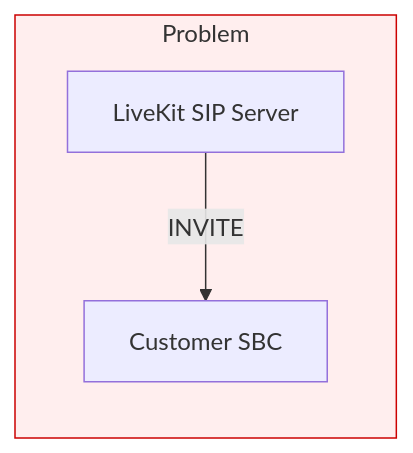
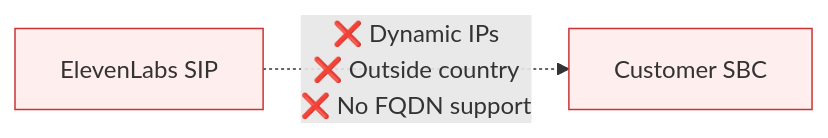
Before and after one commit to Jitendra2603/sip-gateway: the first of 4 diagrams in README.md, drawn with Mermaid. The commit also changed other lines of this file and 15 other files, not shown here.

First line of the commit message:
SIP gateway for ElevenLabs telephony

````diff
--- a/README.md
+++ b/README.md
@@ -7,8 +25,6 @@
 ```mermaid
 graph LR
-    subgraph Problem
-        LK[LiveKit SIP Server] -->|INVITE| SBC[Customer SBC]
-    end
-
-    style Problem fill:#fee,stroke:#c00
+    LK[ElevenLabs SIP] -.->|"❌ Dynamic IPs<br/>❌ Outside country<br/>❌ No FQDN support"| SBC[Customer SBC]
+    style LK fill:#fee,stroke:#c33
+    style SBC fill:#fee,stroke:#c33
 ```
````
